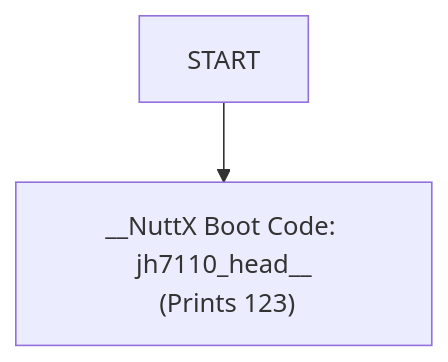
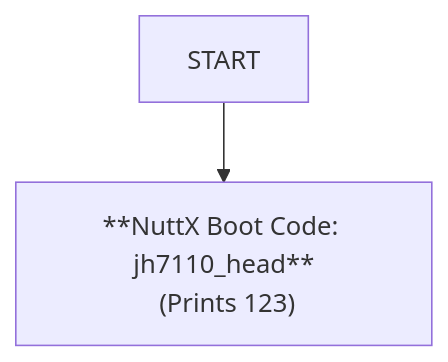
The diagram in README.md (lupyuen/nuttx-ox64), drawn with Mermaid before and after one commit.

````diff
--- a/README.md
+++ b/README.md
@@ -1463,5 +1463,5 @@
 ```mermaid
 flowchart TD
-START --> jh7110_head["__NuttX Boot Code: jh7110_head__<br> (Prints 123)"]
+START --> jh7110_head["**NuttX Boot Code: jh7110_head**<br> (Prints 123)"]
 click jh7110_head href "https://github.com/lupyuen2/wip-pinephone-nuttx/blob/ox64/arch/risc-v/src/jh7110/jh7110_head.S#L41-L156" "arch/risc-v/src/jh7110/jh7110_head.S" _blank
 ```
````
